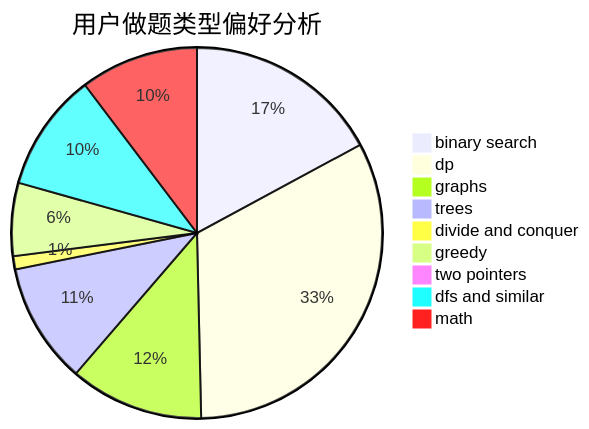
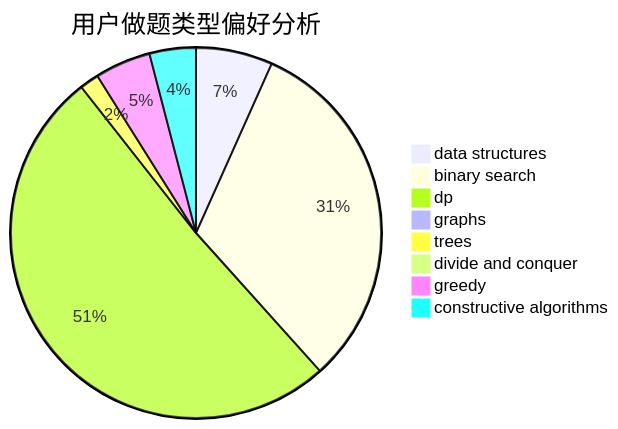
The second of 3 diagrams in docs/user/u877.md (sherpahu/cfrs.github.io), drawn with Mermaid before and after one commit. The commit also changed other lines of this file and 2775 other files, not shown here.

````diff
--- a/docs/user/u877.md
+++ b/docs/user/u877.md
@@ -23,12 +23,11 @@
 ```mermaid
 pie title 用户做题类型偏好分析
-    "binary search" :  239
-    "dp" :  454
-    "graphs" :  163
-    "trees" :  147
-    "divide and conquer" :  16
-    "greedy" :  89
-    "two pointers" :  0
-    "dfs and similar" :  144
-    "math" :  144
+    "data structures" :  48
+    "binary search" :  227
+    "dp" :  366
+    "graphs" :  5
+    "trees" :  12
+    "divide and conquer" :  0
+    "greedy" :  35
+    "constructive algorithms" :  29
 ```
````
